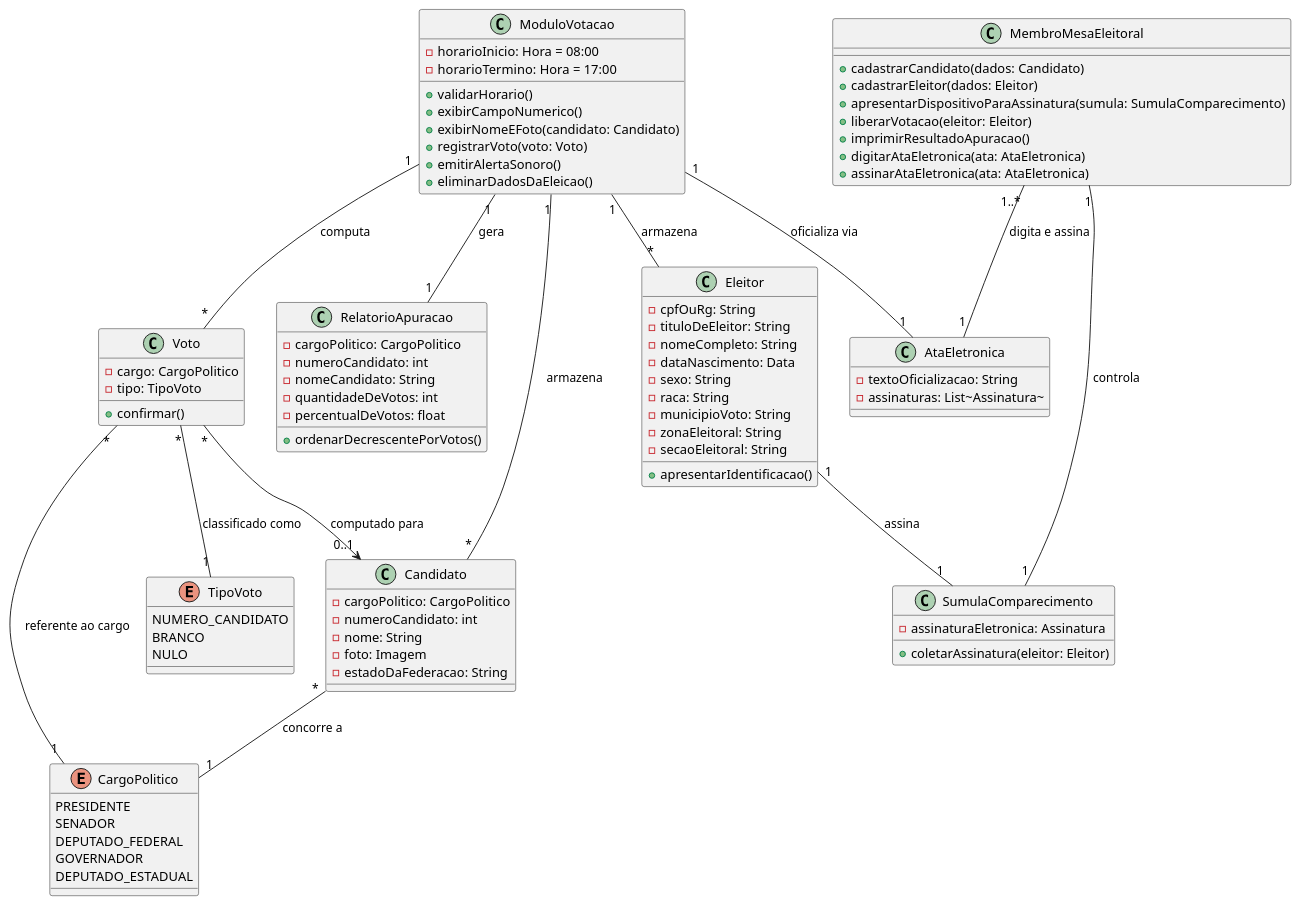
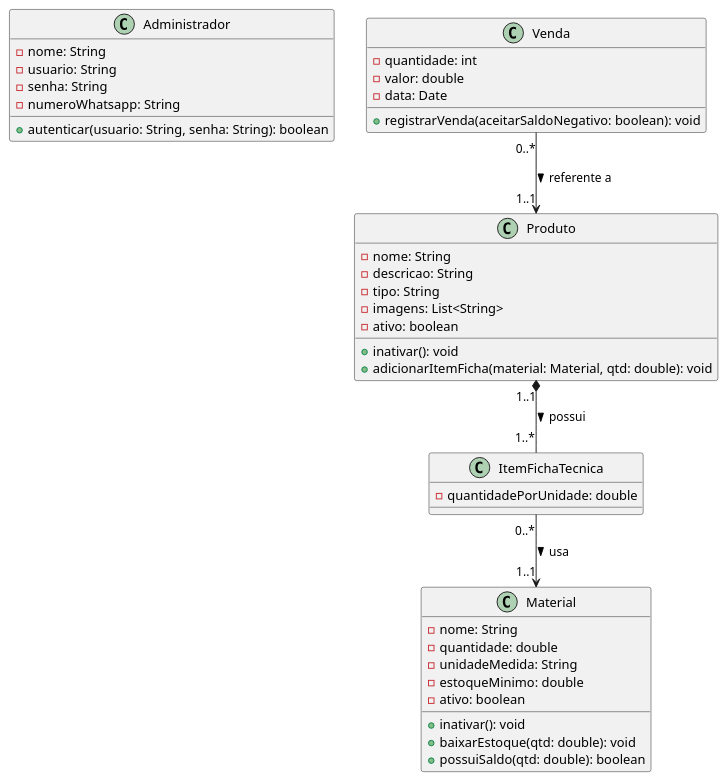
One commit to devpablovieira/Trabalho-Modelagem-de-Sistemas changed the diagram in plantUML.puml. Above: the diagram before and after it, drawn with PlantUML. The commit also changed 2 other files, not shown here.

Commit message:
feat: add class diagram

```diff
--- a/plantUML.puml
+++ b/plantUML.puml
@@ -1,99 +1,56 @@
-@startuml SistemaEleitoral
+@startuml SistemaGestao
 
-enum CargoPolitico {
-   PRESIDENTE
-   SENADOR
-   DEPUTADO_FEDERAL
-   GOVERNADOR
-   DEPUTADO_ESTADUAL
+class Administrador {
+    -nome: String
+    -usuario: String
+    -senha: String
+    -numeroWhatsapp: String
+    +autenticar(usuario: String, senha: String): boolean
 }
 
-enum TipoVoto {
-   NUMERO_CANDIDATO
-   BRANCO
-   NULO
+class Produto {
+    -nome: String
+    -descricao: String
+    -tipo: String
+    -imagens: List<String>
+    -ativo: boolean  
+    ' +cadastrarProduto()
+    ' +visualizarProduto()
+    ' +atualizarProduto()
+    ' +excluirProduto()
+    +inativar(): void
+    +adicionarItemFicha(material: Material, qtd: double): void
+
 }
 
-class Candidato {
-        -cargoPolitico: CargoPolitico
-        -numeroCandidato: int
-        -nome: String
-        -foto: Imagem
-        -estadoDaFederacao: String
-}
-class Eleitor {
-        -cpfOuRg: String
-        -tituloDeEleitor: String
-        -nomeCompleto: String
-        -dataNascimento: Data
-        -sexo: String
-        -raca: String
-        -municipioVoto: String
-        -zonaEleitoral: String
-        -secaoEleitoral: String
-        +apresentarIdentificacao()
-    }
-class MembroMesaEleitoral {
-        +cadastrarCandidato(dados: Candidato)
-        +cadastrarEleitor(dados: Eleitor)
-        +apresentarDispositivoParaAssinatura(sumula: SumulaComparecimento)
-        +liberarVotacao(eleitor: Eleitor)
-        +imprimirResultadoApuracao()
-        +digitarAtaEletronica(ata: AtaEletronica)
-        +assinarAtaEletronica(ata: AtaEletronica)
+class ItemFichaTecnica {
+    -quantidadePorUnidade: double
+    ' +visualizarFicha()
 }
 
-class SumulaComparecimento {
-        -assinaturaEletronica: Assinatura
-        +coletarAssinatura(eleitor: Eleitor)
+class Material {
+    -nome: String
+    -quantidade: double
+    -unidadeMedida: String
+    -estoqueMinimo: double  
+    -ativo: boolean
+    ' +cadastrarMaterial()
+    ' +visualizarMaterial()
+    ' +atualizarMaterial()
+    ' +excluirMaterial()
+    +inativar(): void
+    +baixarEstoque(qtd: double): void
+    +possuiSaldo(qtd: double): boolean
 }
 
-class ModuloVotacao {
-        -horarioInicio: Hora = 08:00
-        -horarioTermino: Hora = 17:00
-        +validarHorario()
-        +exibirCampoNumerico()
-        +exibirNomeEFoto(candidato: Candidato)
-        +registrarVoto(voto: Voto)
-        +emitirAlertaSonoro()
-        +eliminarDadosDaEleicao()
+class Venda {
+    -quantidade: int
+    -valor: double
+    -data: Date
+    +registrarVenda(aceitarSaldoNegativo: boolean): void
 }
 
-class Voto {
-        -cargo: CargoPolitico
-        -tipo: TipoVoto
-        +confirmar()
-}
-
-class RelatorioApuracao {
-        -cargoPolitico: CargoPolitico
-        -numeroCandidato: int
-        -nomeCandidato: String
-        -quantidadeDeVotos: int
-        -percentualDeVotos: float
-        +ordenarDecrescentePorVotos()
-}
-
-class AtaEletronica {
-        -textoOficializacao: String
-        -assinaturas: List~Assinatura~
-}
-
-    Candidato "*" -- "1" CargoPolitico : concorre a
-    ModuloVotacao "1" -- "*" Candidato : armazena
-    ModuloVotacao "1" -- "*" Eleitor : armazena
-   
- 
-    ModuloVotacao "1" -- "*" Voto : computa
-    Voto "*" --> "0..1" Candidato : computado para
-    Voto "*" -- "1" CargoPolitico : referente ao cargo
-    Voto "*" -- "1" TipoVoto : classificado como
-   
-    Eleitor "1" -- "1" SumulaComparecimento : assina
-    MembroMesaEleitoral "1" -- "1" SumulaComparecimento : controla
-   
-    ModuloVotacao "1" -- "1" RelatorioApuracao : gera
-    ModuloVotacao "1" -- "1" AtaEletronica : oficializa via
-    MembroMesaEleitoral "1..*" -- "1" AtaEletronica : digita e assina
-
+Produto "1..1" *-- "1..*" ItemFichaTecnica : possui >
+ItemFichaTecnica "0..*" --> "1..1" Material : usa >
+Venda "0..*" --> "1..1" Produto : referente a >
 @enduml
```
